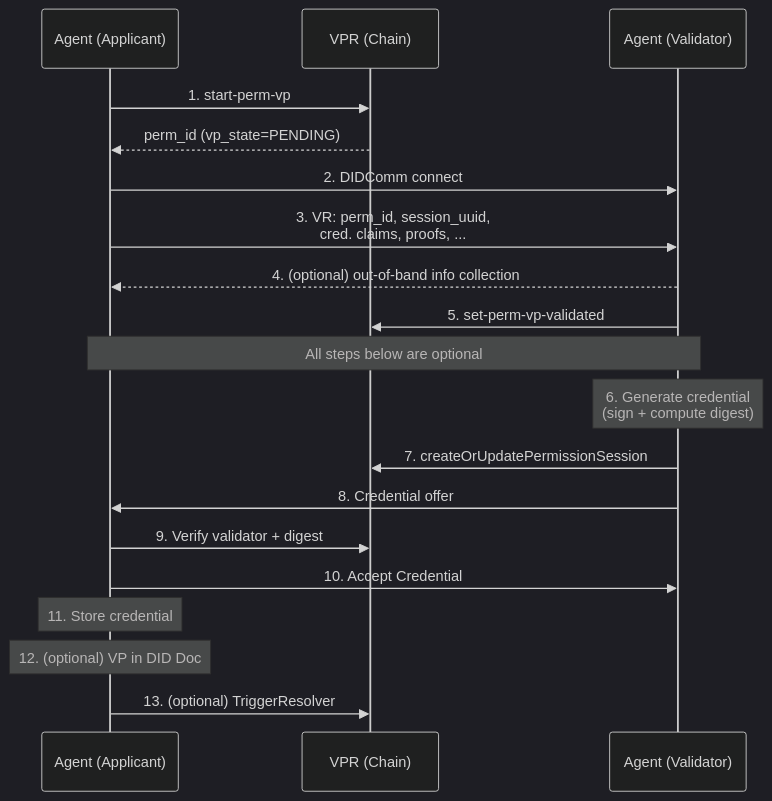
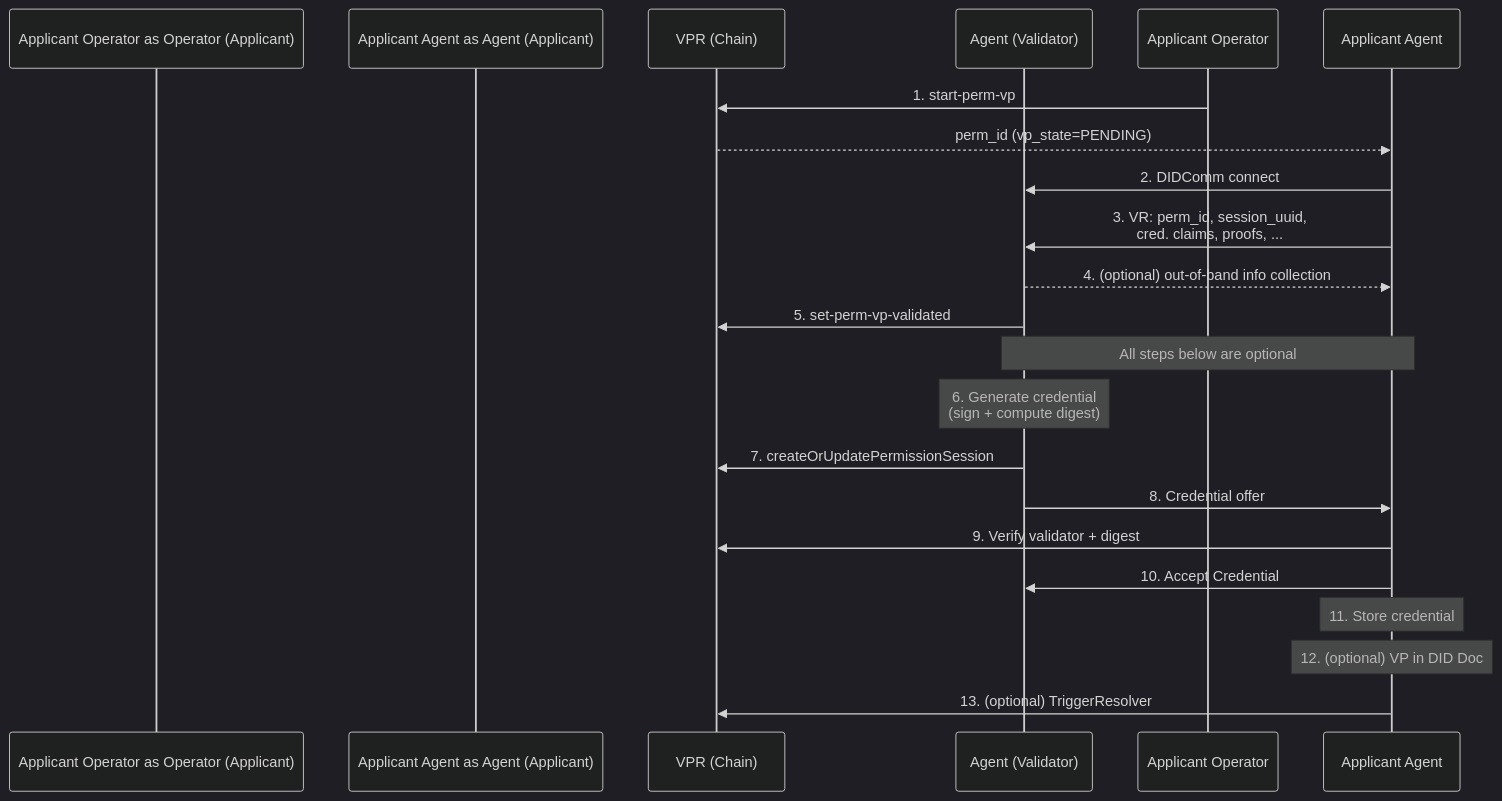
One commit to verana-labs/verana-spec changed the fourth of 10 diagrams in v4/vs-agent/spec.md. Above: the diagram before and after it, drawn with Mermaid (dark theme). The commit also changed other lines of this file, not shown here.

Commit message:
feat: updated flows

````diff
--- a/v4/vs-agent/spec.md
+++ b/v4/vs-agent/spec.md
@@ -322,24 +324,25 @@
 ```mermaid
 sequenceDiagram
-    participant Applicant as Agent (Applicant)
+    participant Applicant Operator as Operator (Applicant)
+    participant Applicant Agent as Agent (Applicant)
     participant VPR as VPR (Chain)
     participant Validator as Agent (Validator)
 
-    Applicant->>VPR: 1. start-perm-vp
-    VPR-->>Applicant: perm_id (vp_state=PENDING)
-    Applicant->>Validator: 2. DIDComm connect
-    Applicant->>Validator: 3. VR: perm_id, session_uuid,<br/>cred. claims, proofs, ...
-    Validator-->>Applicant: 4. (optional) out-of-band info collection
+    Applicant Operator->>VPR: 1. start-perm-vp
+    VPR-->>Applicant Agent: perm_id (vp_state=PENDING)
+    Applicant Agent->>Validator: 2. DIDComm connect
+    Applicant Agent->>Validator: 3. VR: perm_id, session_uuid,<br/>cred. claims, proofs, ...
+    Validator-->>Applicant Agent: 4. (optional) out-of-band info collection
     Validator->>VPR: 5. set-perm-vp-validated
 
-    Note over Applicant,Validator: All steps below are optional
+    Note over Applicant Agent,Validator: All steps below are optional
 
     Note over Validator: 6. Generate credential<br/>(sign + compute digest)
     Validator->>VPR: 7. createOrUpdatePermissionSession
-    Validator->>Applicant: 8. Credential offer
-    Applicant->>VPR: 9. Verify validator + digest
-    Applicant->>Validator: 10. Accept Credential
-    Note over Applicant: 11. Store credential
-    Note over Applicant: 12. (optional) VP in DID Doc
-    Applicant->>VPR: 13. (optional) TriggerResolver
+    Validator->>Applicant Agent: 8. Credential offer
+    Applicant Agent->>VPR: 9. Verify validator + digest
+    Applicant Agent->>Validator: 10. Accept Credential
+    Note over Applicant Agent: 11. Store credential
+    Note over Applicant Agent: 12. (optional) VP in DID Doc
+    Applicant Agent->>VPR: 13. (optional) TriggerResolver
 ```
````
